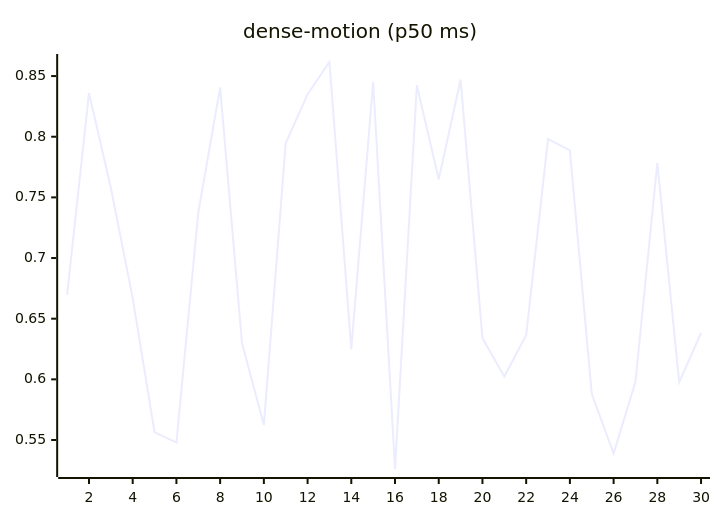
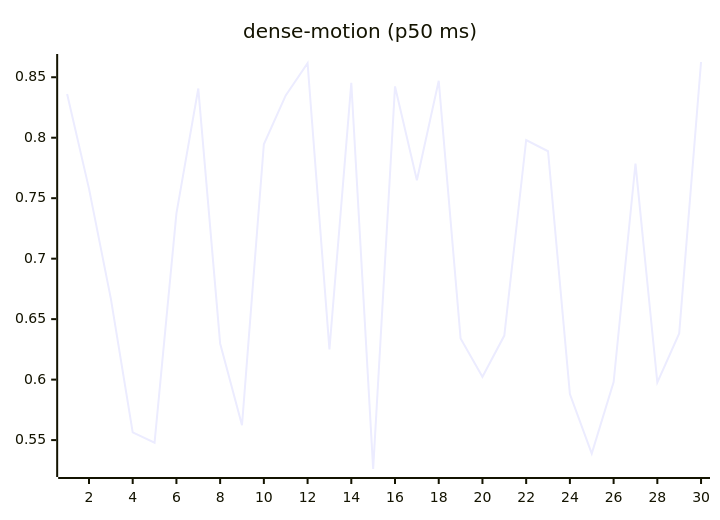
Before and after one commit to josha/Facet: the ninth of 27 diagrams in README.md, drawn with Mermaid. The commit also changed other lines of this file and 2 other files, not shown here.

````diff
--- a/README.md
+++ b/README.md
@@ -119,6 +119,6 @@
 ```mermaid
 xychart-beta
     title "dense-motion (p50 ms)"
     x-axis 1 --> 30
-    line [0.6696, 0.8361, 0.7579, 0.6670, 0.5564, 0.5479, 0.7374, 0.8407, 0.6299, 0.5623, 0.7946, 0.8350, 0.8616, 0.6249, 0.8453, 0.5261, 0.8424, 0.7649, 0.8471, 0.6340, 0.6023, 0.6364, 0.7981, 0.7888, 0.5881, 0.5388, 0.5980, 0.7785, 0.5976, 0.6382]
+    line [0.8361, 0.7579, 0.6670, 0.5564, 0.5479, 0.7374, 0.8407, 0.6299, 0.5623, 0.7946, 0.8350, 0.8616, 0.6249, 0.8453, 0.5261, 0.8424, 0.7649, 0.8471, 0.6340, 0.6023, 0.6364, 0.7981, 0.7888, 0.5881, 0.5388, 0.5980, 0.7785, 0.5976, 0.6382, 0.8626]
 ```
````
